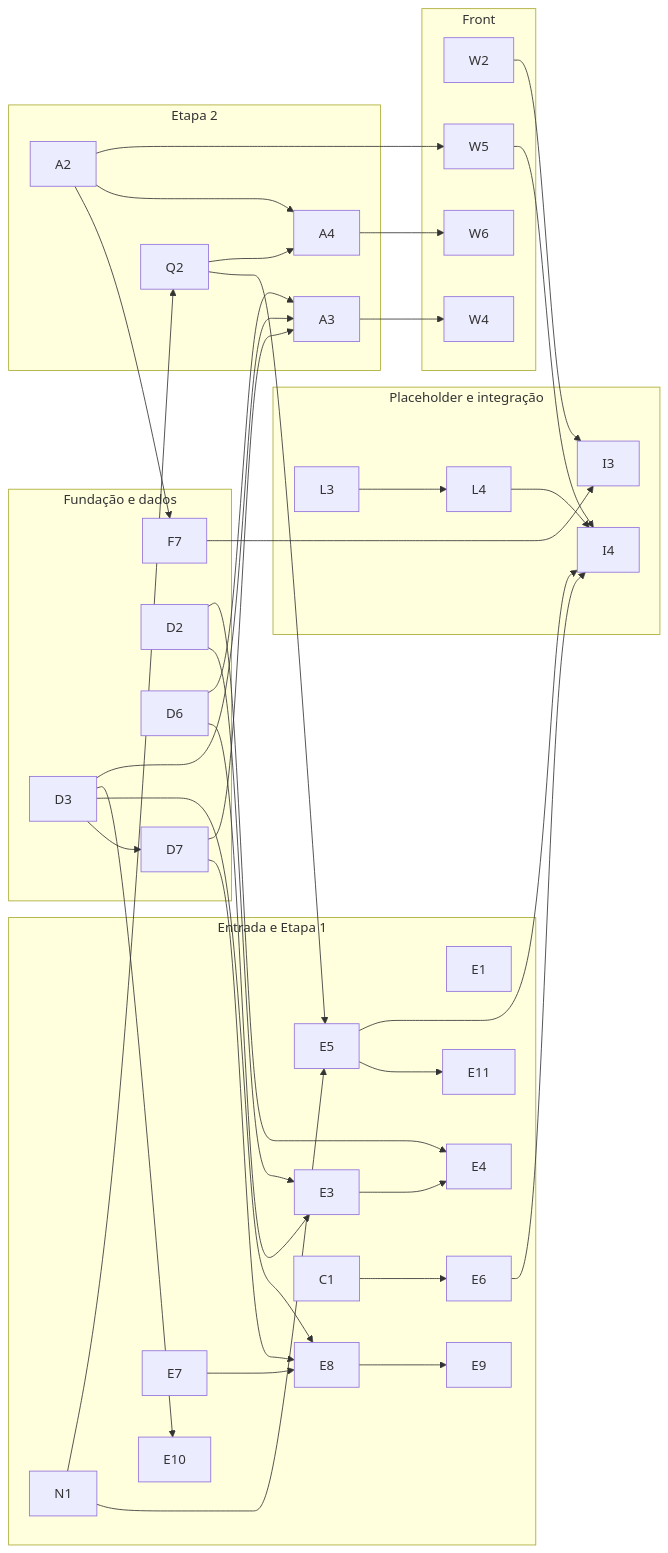
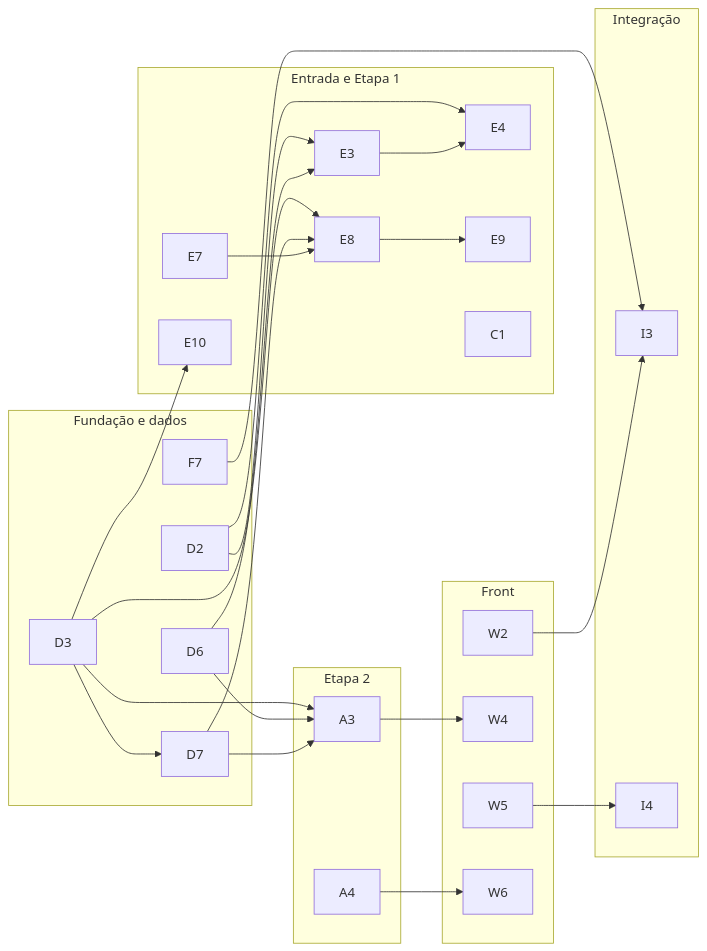
One commit to MateusBarnabe/Projeto-Integrador changed the diagram in PROXIMOS-PASSOS.md. Above: the diagram before and after it, drawn with Mermaid. The commit also changed other lines of this file and 2 other files, not shown here.

````diff
--- a/PROXIMOS-PASSOS.md
+++ b/PROXIMOS-PASSOS.md
@@ -196,40 +198,32 @@
 ```mermaid
 flowchart LR
   subgraph Fundacao["Fundação e dados"]
     F7
     D2 & D3 & D6 & D7
   end
   subgraph Etapa1["Entrada e Etapa 1"]
-    E1 & E3 & E4 & E5 & E6 & E7 & E8 & E9 & E10 & E11 & C1 & N1
+    E3 & E4 & E7 & E8 & E9 & E10 & C1
   end
   subgraph Etapa2["Etapa 2"]
-    Q2 & A2 & A3 & A4
+    A3 & A4
   end
   subgraph Front["Front"]
     W2 & W4 & W5 & W6
   end
-  subgraph Placeholder["Placeholder e integração"]
-    L3 & L4 & I3 & I4
+  subgraph Placeholder["Integração"]
+    I3 & I4
   end
 
   F7 --> I3
   D2 --> E3 & E4
   D3 --> D7 & E8 & E10 & A3
   D6 --> E3 & A3
   D7 --> E8 & A3
   E3 --> E4
-  E5 --> E11 & I4
-  E6 --> I4
   E7 --> E8
   E8 --> E9
-  C1 --> E6
-  N1 --> E5 & Q2
-  Q2 --> E5 & A4
-  A2 --> F7 & A4 & W5
   A3 --> W4
   A4 --> W6
   W2 --> I3
   W5 --> I4
-  L3 --> L4
-  L4 --> I4
 ```
````
